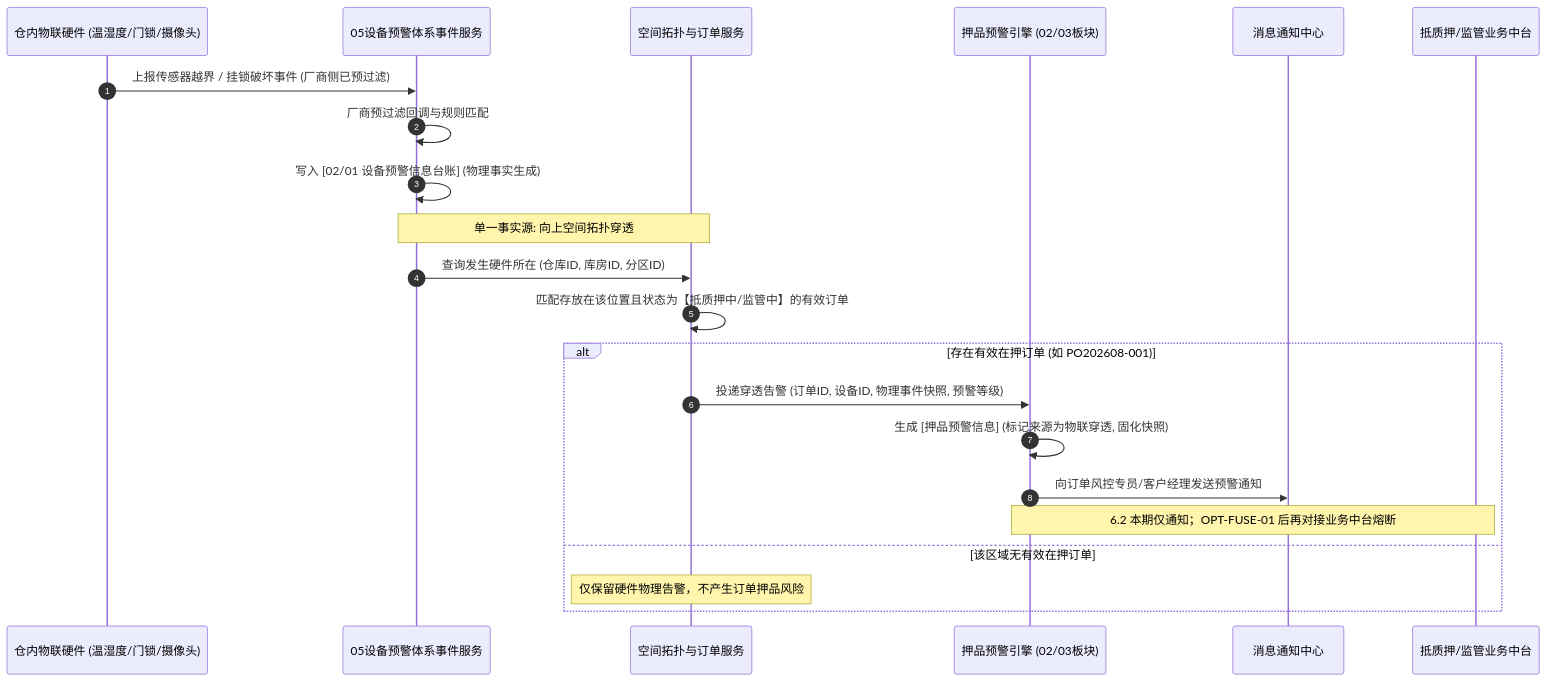
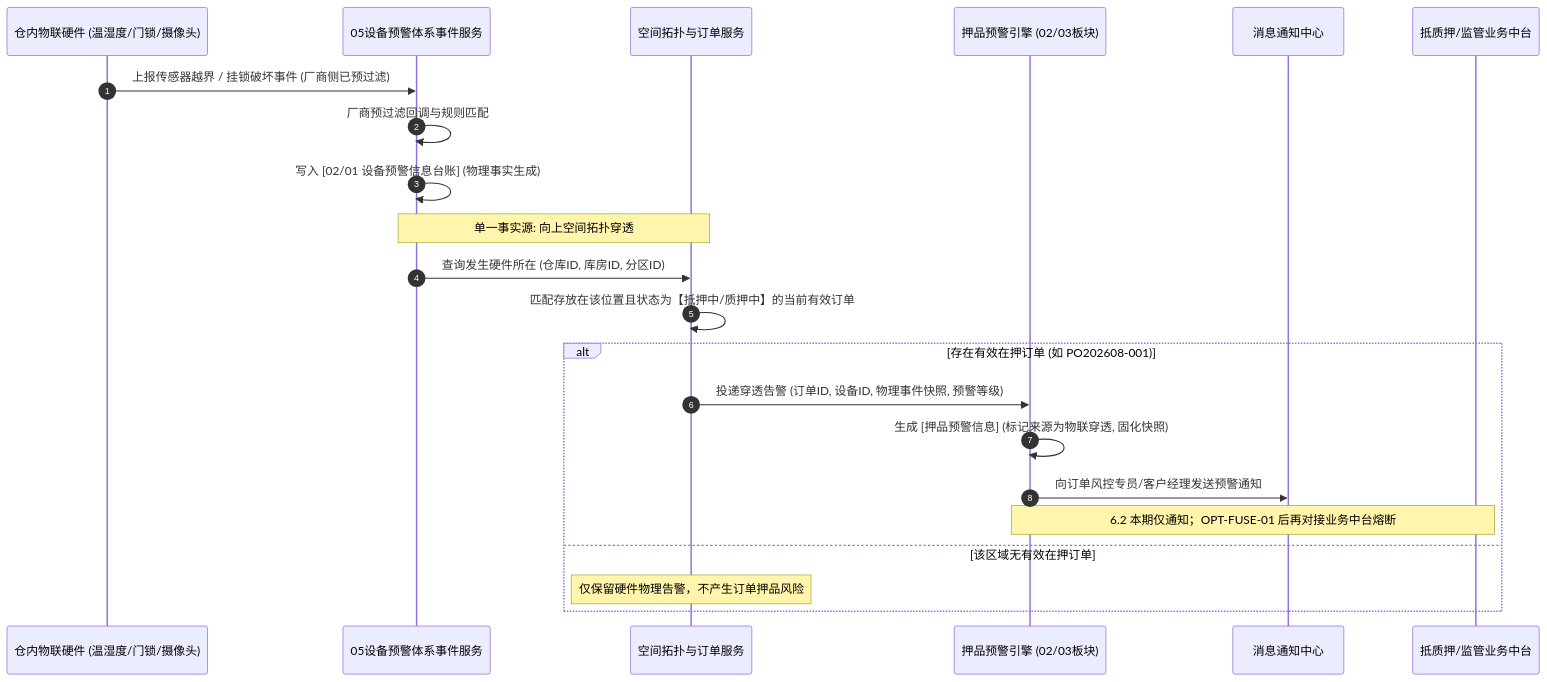
One commit to RobertHuang999/SYZC changed the second of 2 diagrams in 02-PRD文档/B-迭代需求/6.2版本（2026.08）/02-预警信息/协同规范/通知模板.md. Above: the diagram before and after it, drawn with Mermaid. The commit also changed other lines of this file and 362 other files, not shown here.

````diff
--- a/02-PRD文档/B-迭代需求/6.2版本（2026.08）/02-预警信息/协同规范/通知模板.md
+++ b/02-PRD文档/B-迭代需求/6.2版本（2026.08）/02-预警信息/协同规范/通知模板.md
@@ -70,27 +72,27 @@
 ```mermaid
 sequenceDiagram
     autonumber
     participant IOT as 仓内物联硬件 (温湿度/门锁/摄像头)
     participant IOT_SVC as 05设备预警体系事件服务
     participant TOPO as 空间拓扑与订单服务
     participant ORD_WARN as 押品预警引擎 (02/03板块)
     participant MSG as 消息通知中心
     participant BIZ as 抵质押/监管业务中台
 
     IOT->>IOT_SVC: 上报传感器越界 / 挂锁破坏事件 (厂商侧已预过滤)
     IOT_SVC->>IOT_SVC: 厂商预过滤回调与规则匹配
     IOT_SVC->>IOT_SVC: 写入 [02/01 设备预警信息台账] (物理事实生成)
     
     Note over IOT_SVC,TOPO: 单一事实源: 向上空间拓扑穿透
     IOT_SVC->>TOPO: 查询发生硬件所在 (仓库ID, 库房ID, 分区ID)
-    TOPO->>TOPO: 匹配存放在该位置且状态为【抵质押中/监管中】的有效订单
+    TOPO->>TOPO: 匹配存放在该位置且状态为【抵押中/质押中】的当前有效订单
     
     alt 存在有效在押订单 (如 PO202608-001)
         TOPO->>ORD_WARN: 投递穿透告警 (订单ID, 设备ID, 物理事件快照, 预警等级)
         ORD_WARN->>ORD_WARN: 生成 [押品预警信息] (标记来源为物联穿透, 固化快照)
         ORD_WARN->>MSG: 向订单风控专员/客户经理发送预警通知
         Note over ORD_WARN,BIZ: 6.2 本期仅通知；OPT-FUSE-01 后再对接业务中台熔断
     else 该区域无有效在押订单
         Note over TOPO: 仅保留硬件物理告警，不产生订单押品风险
     end
 ```
````
